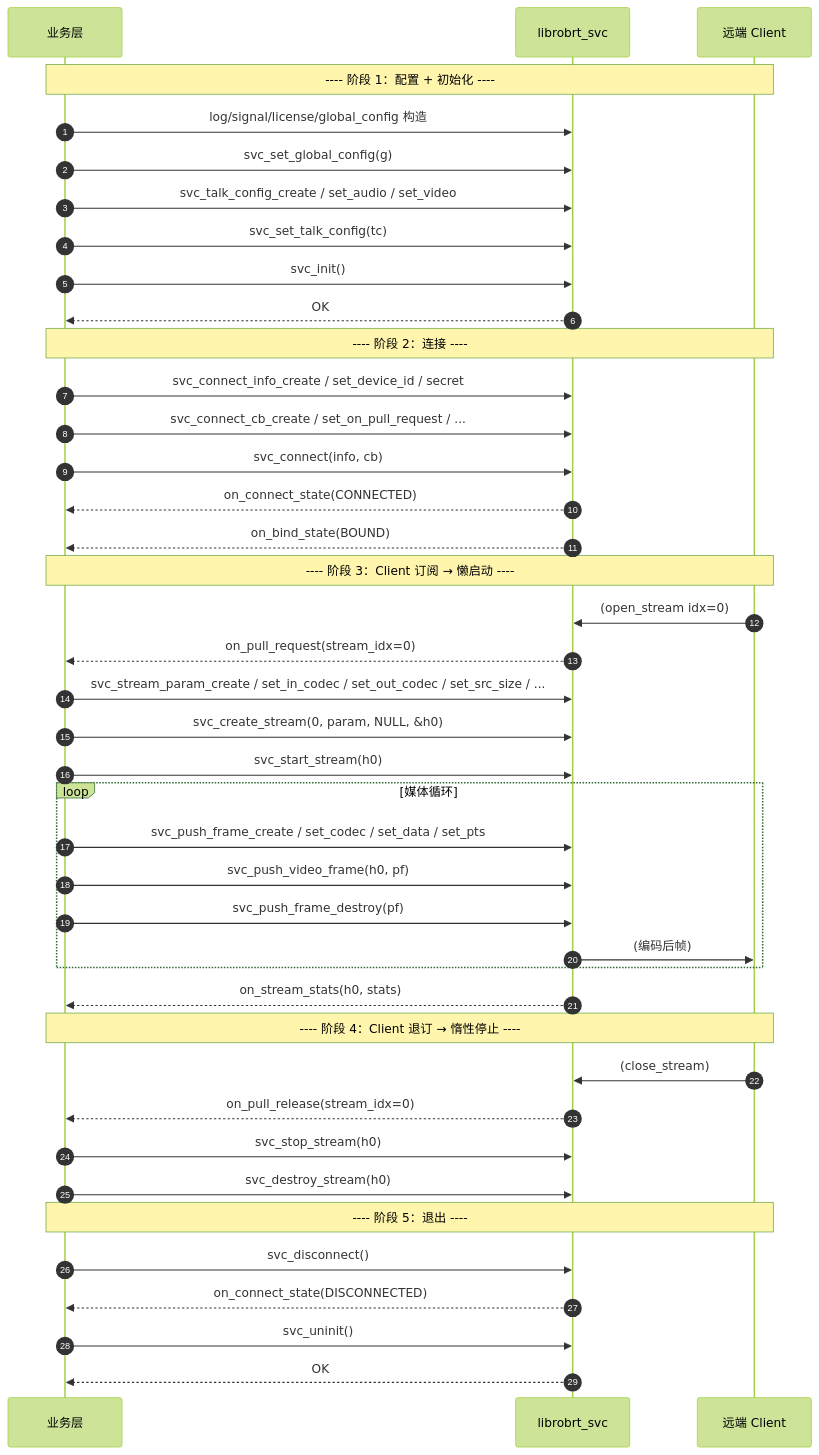
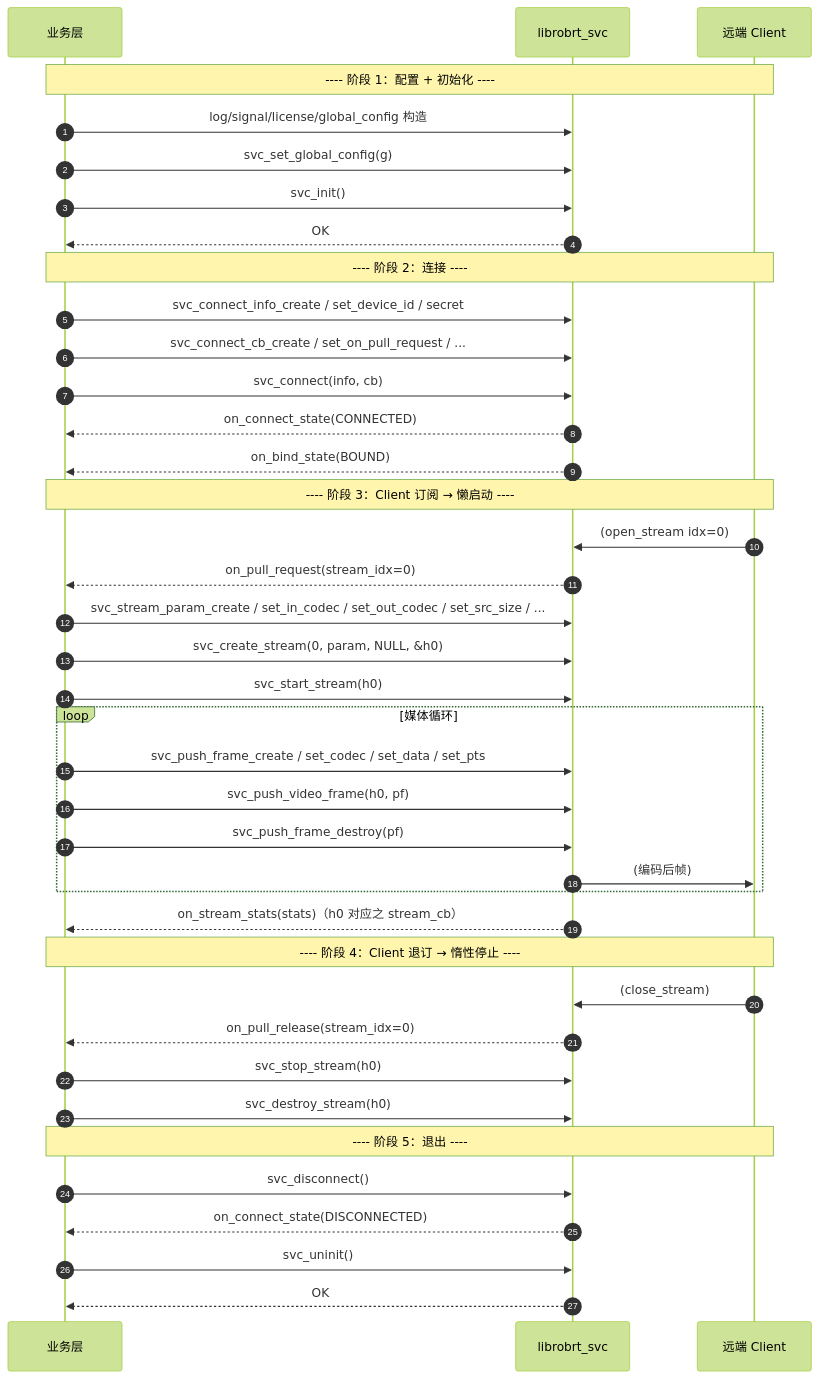
One commit to honeyyaya/libRoboFlow changed the fifth of 11 diagrams in docs/service_api_design.md. Above: the diagram before and after it, drawn with Mermaid (forest theme). The commit also changed other lines of this file and 35 other files, not shown here.

````diff
--- a/docs/service_api_design.md
+++ b/docs/service_api_design.md
@@ -134,49 +128,47 @@
 ```mermaid
 sequenceDiagram
     autonumber
     participant BIZ as 业务层
     participant SDK as librobrt_svc
     participant CLI as 远端 Client
 
     Note over BIZ,CLI: ---- 阶段 1：配置 + 初始化 ----
     BIZ->>SDK: log/signal/license/global_config 构造
     BIZ->>SDK: svc_set_global_config(g)
-    BIZ->>SDK: svc_talk_config_create / set_audio / set_video
-    BIZ->>SDK: svc_set_talk_config(tc)
     BIZ->>SDK: svc_init()
     SDK-->>BIZ: OK
 
     Note over BIZ,CLI: ---- 阶段 2：连接 ----
     BIZ->>SDK: svc_connect_info_create / set_device_id / secret
     BIZ->>SDK: svc_connect_cb_create / set_on_pull_request / ...
     BIZ->>SDK: svc_connect(info, cb)
     SDK-->>BIZ: on_connect_state(CONNECTED)
     SDK-->>BIZ: on_bind_state(BOUND)
 
     Note over BIZ,CLI: ---- 阶段 3：Client 订阅 → 懒启动 ----
     CLI->>SDK: (open_stream idx=0)
     SDK-->>BIZ: on_pull_request(stream_idx=0)
     BIZ->>SDK: svc_stream_param_create / set_in_codec / set_out_codec / set_src_size / ...
     BIZ->>SDK: svc_create_stream(0, param, NULL, &h0)
     BIZ->>SDK: svc_start_stream(h0)
 
     loop 媒体循环
         BIZ->>SDK: svc_push_frame_create / set_codec / set_data / set_pts
         BIZ->>SDK: svc_push_video_frame(h0, pf)
         BIZ->>SDK: svc_push_frame_destroy(pf)
         SDK->>CLI: (编码后帧)
     end
-    SDK-->>BIZ: on_stream_stats(h0, stats)
+    SDK-->>BIZ: on_stream_stats(stats)（h0 对应之 stream_cb）
 
     Note over BIZ,CLI: ---- 阶段 4：Client 退订 → 惰性停止 ----
     CLI->>SDK: (close_stream)
     SDK-->>BIZ: on_pull_release(stream_idx=0)
     BIZ->>SDK: svc_stop_stream(h0)
     BIZ->>SDK: svc_destroy_stream(h0)
 
     Note over BIZ,CLI: ---- 阶段 5：退出 ----
     BIZ->>SDK: svc_disconnect()
     SDK-->>BIZ: on_connect_state(DISCONNECTED)
     BIZ->>SDK: svc_uninit()
     SDK-->>BIZ: OK
 ```
````
